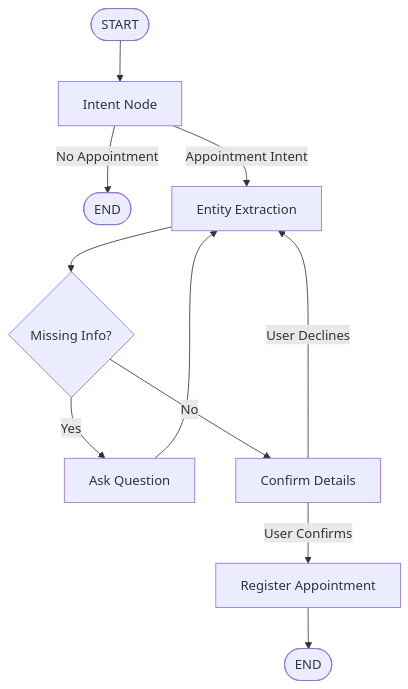
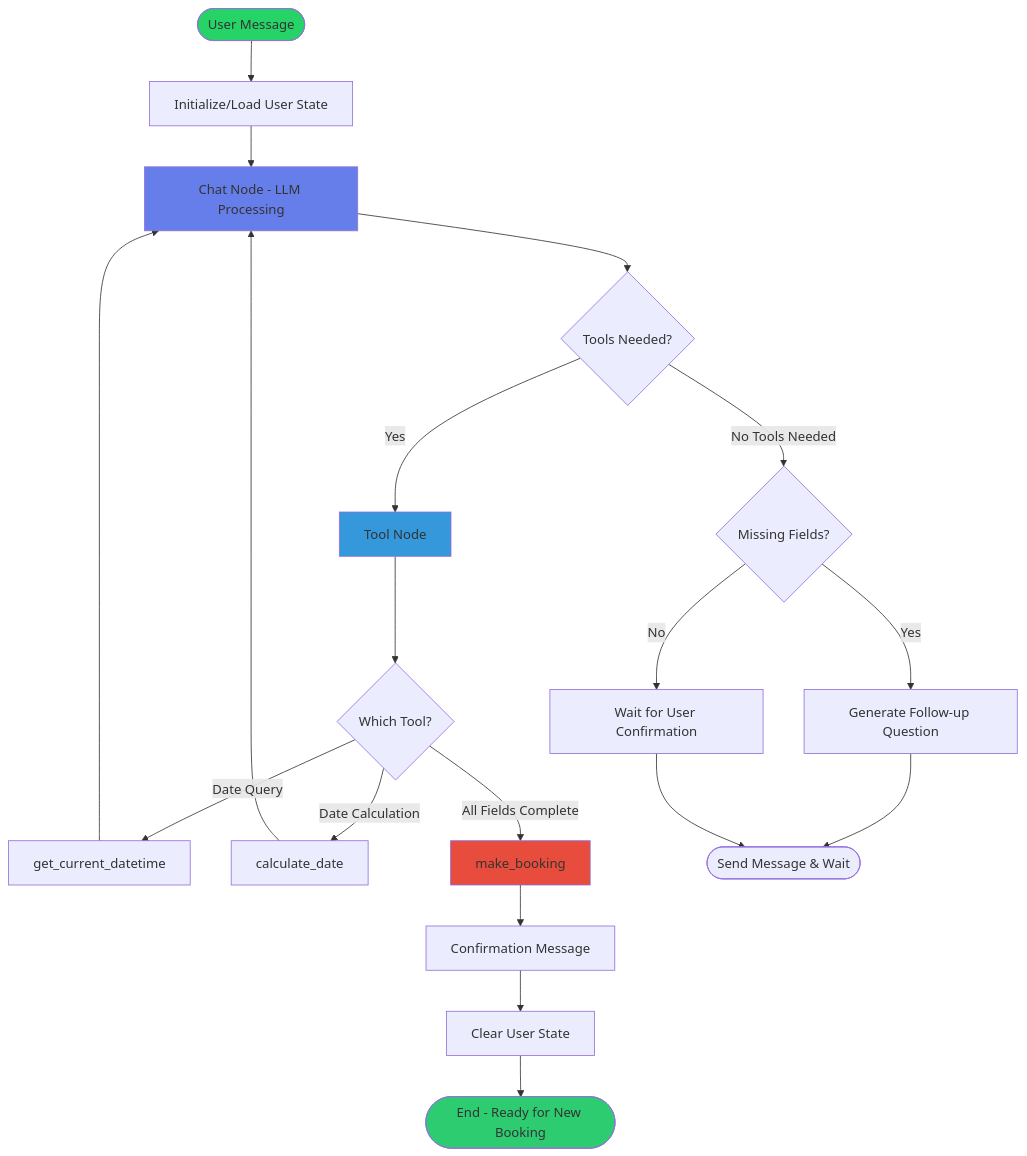
One commit to anishdeshmukh9/whatsapp_appointment_assistant- changed the second of 3 diagrams in README.md. Above: the diagram before and after it, drawn with Mermaid. The commit also changed other lines of this file, not shown here.

````diff
--- a/README.md
+++ b/README.md
@@ -159,13 +95,34 @@
 ```mermaid
 graph TD
-    START([START]) --> A[Intent Node]
-    A -->|No Appointment| END1([END])
-    A -->|Appointment Intent| B[Entity Extraction]
-    B --> C{Missing Info?}
-    C -->|Yes| D[Ask Question]
-    D --> B
-    C -->|No| E[Confirm Details]
-    E -->|User Confirms| F[Register Appointment]
-    E -->|User Declines| B
-    F --> END2([END])
+    START([User Message]) --> INIT[Initialize/Load User State]
+    INIT --> CHAT[Chat Node - LLM Processing]
+    
+    CHAT --> DECISION{Tools Needed?}
+    
+    DECISION -->|Yes| TOOLNODE[Tool Node]
+    TOOLNODE --> TOOLTYPE{Which Tool?}
+    
+    TOOLTYPE -->|Date Query| DATETIME[get_current_datetime]
+    TOOLTYPE -->|Date Calculation| CALCDATE[calculate_date]
+    TOOLTYPE -->|All Fields Complete| BOOKING[make_booking]
+    
+    DATETIME --> CHAT
+    CALCDATE --> CHAT
+    BOOKING --> CONFIRM[Confirmation Message]
+    
+    DECISION -->|No Tools Needed| FOLLOWUP{Missing Fields?}
+    
+    FOLLOWUP -->|Yes| ASKMORE[Generate Follow-up Question]
+    FOLLOWUP -->|No| WAITCONFIRM[Wait for User Confirmation]
+    
+    ASKMORE --> END1([Send Message & Wait])
+    WAITCONFIRM --> END1
+    CONFIRM --> CLEAR[Clear User State]
+    CLEAR --> END2([End - Ready for New Booking])
+    
+    style START fill:#25D366
+    style CHAT fill:#667eea
+    style TOOLNODE fill:#3498db
+    style BOOKING fill:#e74c3c
+    style END2 fill:#2ecc71
 ```
````
